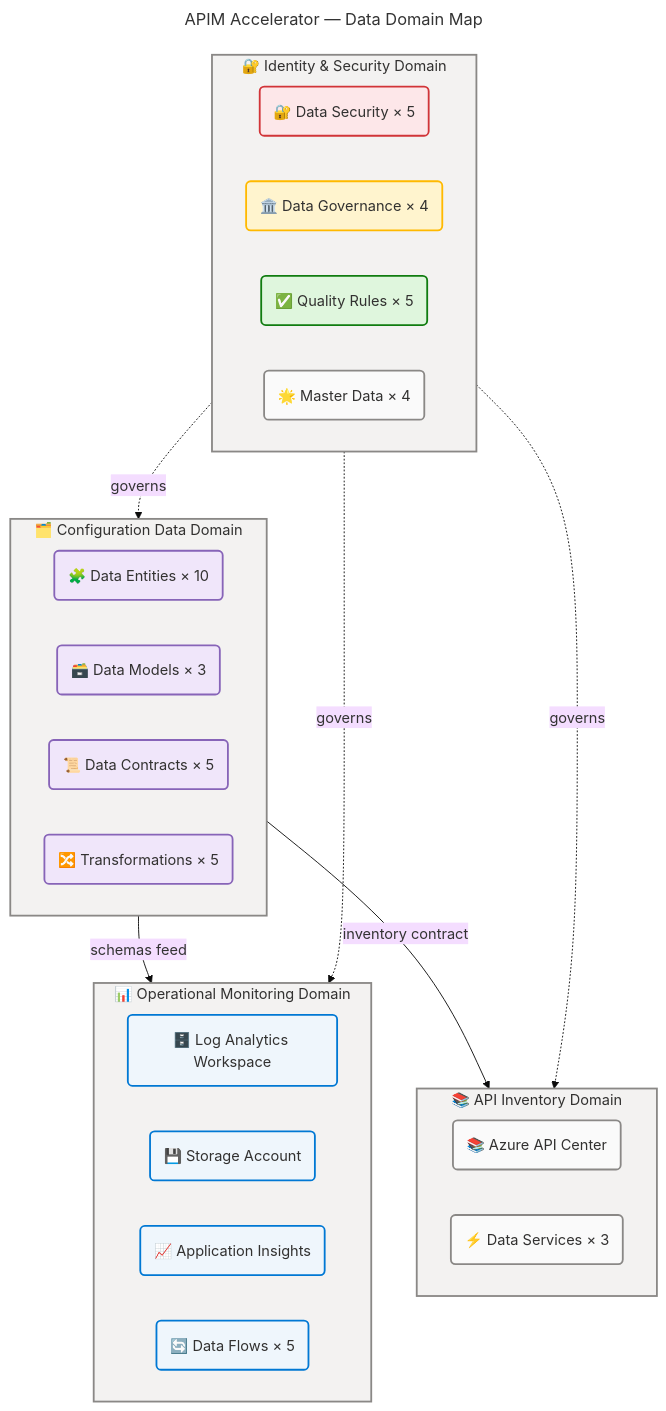
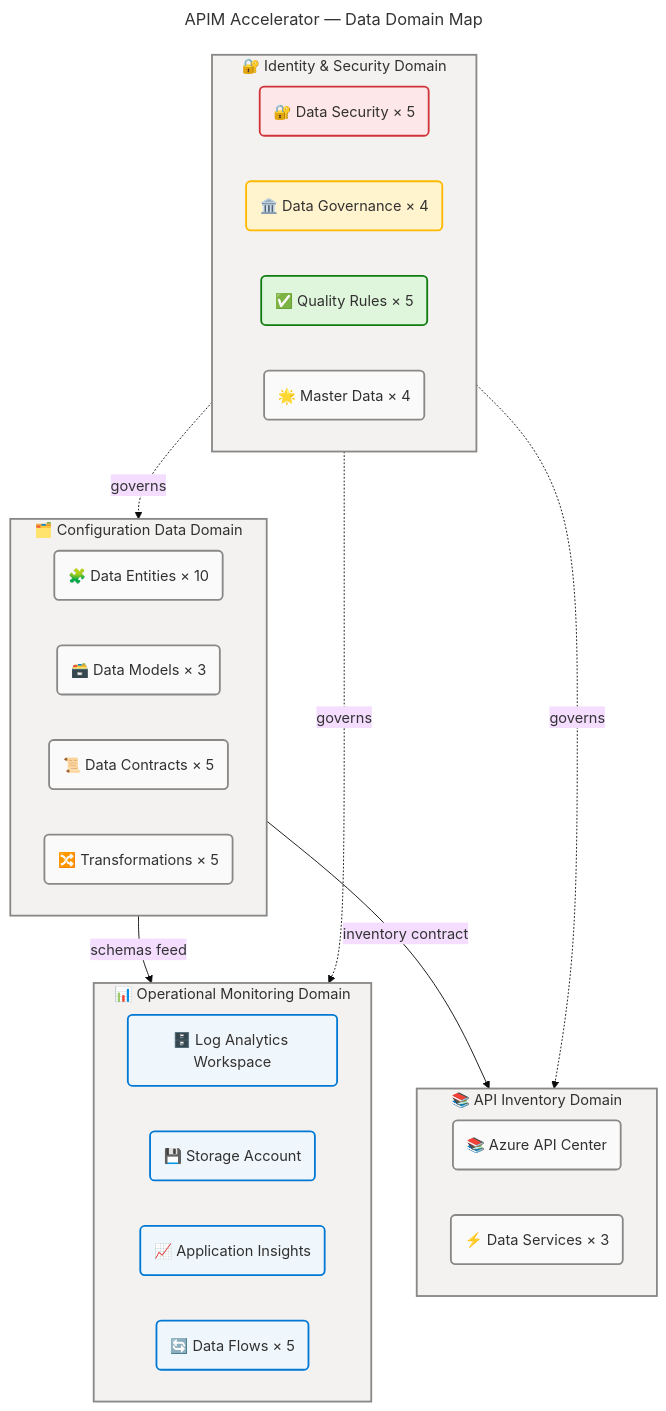
One commit to Evilazaro/APIM-Accelerator changed the first of 4 diagrams in docs/architecture/data-architecture.md. Above: the diagram before and after it, drawn with Mermaid. The commit also changed other lines of this file and 3 other files, not shown here.

````diff
--- a/docs/architecture/data-architecture.md
+++ b/docs/architecture/data-architecture.md
@@ -256,72 +256,70 @@
 ```mermaid
 ---
 title: "APIM Accelerator — Data Domain Map"
 config:
   theme: base
   look: classic
   layout: dagre
   themeVariables:
     fontSize: '16px'
   flowchart:
     htmlLabels: true
 ---
 flowchart TB
     accTitle: APIM Accelerator Data Domain Map
     accDescr: High-level taxonomy of the four data domains showing component types within each domain and cross-domain governance relationships
 
     %% ═══════════════════════════════════════════════════════════════════════════
     %% AZURE / FLUENT ARCHITECTURE PATTERN v1.1
     %% (Semantic + Structural + Font + Accessibility Governance)
     %% ═══════════════════════════════════════════════════════════════════════════
     %% PHASE 1 - FLUENT UI: All styling uses approved Fluent UI palette only
     %% PHASE 2 - GROUPS: Every subgraph has semantic color via style directive
     %% PHASE 3 - COMPONENTS: Every node has semantic classDef + icon prefix
     %% PHASE 4 - ACCESSIBILITY: accTitle/accDescr present, WCAG AA contrast
     %% PHASE 5 - STANDARD: Governance block present, classDefs centralized
     %% ═══════════════════════════════════════════════════════════════════════════
 
     subgraph cfgdomain["🗂️ Configuration Data Domain"]
-        CFG1("🧩 Data Entities × 10"):::data
-        CFG2("🗃️ Data Models × 3"):::data
-        CFG3("📜 Data Contracts × 5"):::data
-        CFG4("🔀 Transformations × 5"):::data
+        CFG1("🧩 Data Entities × 10"):::neutral
+        CFG2("🗃️ Data Models × 3"):::neutral
+        CFG3("📜 Data Contracts × 5"):::neutral
+        CFG4("🔀 Transformations × 5"):::neutral
     end
 
     subgraph opsdomain["📊 Operational Monitoring Domain"]
         OPS1("🗄️ Log Analytics Workspace"):::core
         OPS2("💾 Storage Account"):::core
         OPS3("📈 Application Insights"):::core
         OPS4("🔄 Data Flows × 5"):::core
     end
 
     subgraph invdomain["📚 API Inventory Domain"]
-        INV1("📚 Azure API Center"):::external
-        INV2("⚡ Data Services × 3"):::external
+        INV1("📚 Azure API Center"):::neutral
+        INV2("⚡ Data Services × 3"):::neutral
     end
 
     subgraph secdomain["🔐 Identity & Security Domain"]
         SEC1("🔐 Data Security × 5"):::danger
         SEC2("🏛️ Data Governance × 4"):::warning
         SEC3("✅ Quality Rules × 5"):::success
         SEC4("🌟 Master Data × 4"):::neutral
     end
 
     cfgdomain -->|"schemas feed"| opsdomain
     cfgdomain -->|"inventory contract"| invdomain
     secdomain -.->|"governs"| cfgdomain
     secdomain -.->|"governs"| opsdomain
     secdomain -.->|"governs"| invdomain
 
     classDef core fill:#EFF6FC,stroke:#0078D4,stroke-width:2px,color:#323130
-    classDef data fill:#F0E6FA,stroke:#8764B8,stroke-width:2px,color:#323130
     classDef neutral fill:#FAFAFA,stroke:#8A8886,stroke-width:2px,color:#323130
-    classDef external fill:#FAFAFA,stroke:#8A8886,stroke-width:2px,color:#323130
     classDef success fill:#DFF6DD,stroke:#107C10,stroke-width:2px,color:#323130
     classDef warning fill:#FFF4CE,stroke:#FFB900,stroke-width:2px,color:#323130
     classDef danger fill:#FDE7E9,stroke:#D13438,stroke-width:2px,color:#323130
 
     style cfgdomain fill:#F3F2F1,stroke:#8A8886,stroke-width:2px,color:#323130
     style opsdomain fill:#F3F2F1,stroke:#8A8886,stroke-width:2px,color:#323130
     style invdomain fill:#F3F2F1,stroke:#8A8886,stroke-width:2px,color:#323130
     style secdomain fill:#F3F2F1,stroke:#8A8886,stroke-width:2px,color:#323130
 ```
````
